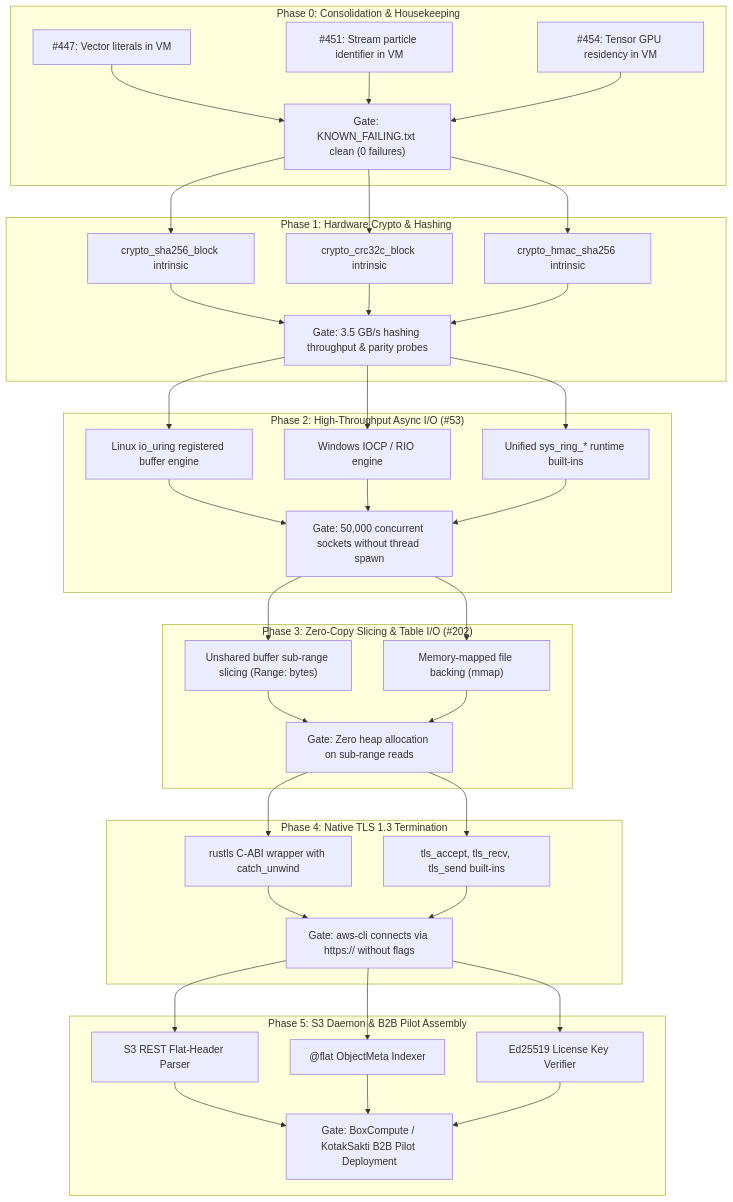
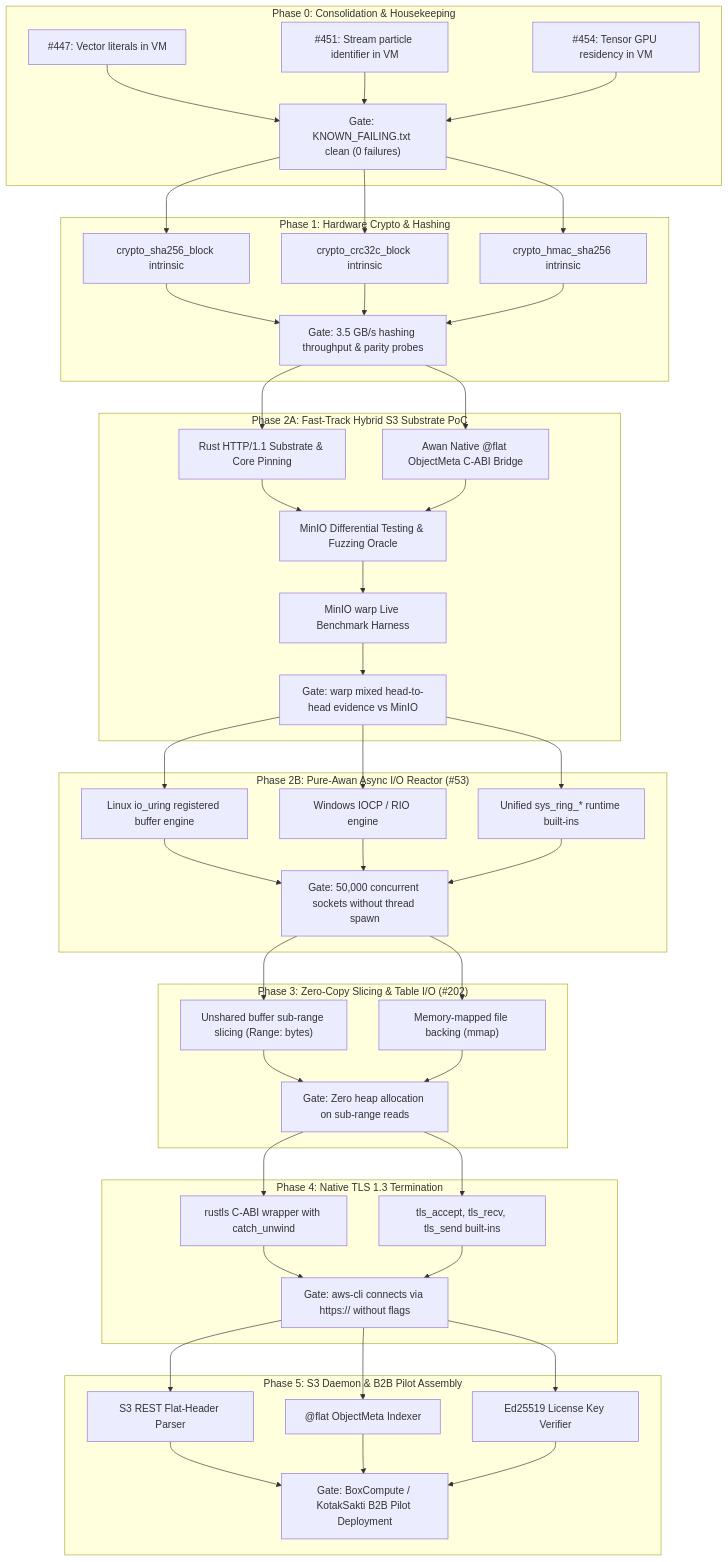
Before and after one commit to iskandarnorazli/Awanfs: the diagram in ROADMAP_AND_DEPENDENCIES.md, drawn with Mermaid. The commit also changed other lines of this file and 2 other files, not shown here.

First line of the commit message:
docs(storage): specify hybrid S3 substrate PoC and MinIO benchmark milestone

````diff
--- a/ROADMAP_AND_DEPENDENCIES.md
+++ b/ROADMAP_AND_DEPENDENCIES.md
@@ -9,47 +9,57 @@
 ```mermaid
 flowchart TD
     subgraph PreReqs["Phase 0: Consolidation & Housekeeping"]
         P0_1["#447: Vector literals in VM"]
         P0_2["#451: Stream particle identifier in VM"]
         P0_3["#454: Tensor GPU residency in VM"]
         P0_1 & P0_2 & P0_3 --> P0_Gate["Gate: KNOWN_FAILING.txt clean (0 failures)"]
     end
 
     subgraph Primitives["Phase 1: Hardware Crypto & Hashing"]
         P1_1["crypto_sha256_block intrinsic"]
         P1_2["crypto_crc32c_block intrinsic"]
         P1_3["crypto_hmac_sha256 intrinsic"]
         P0_Gate --> P1_1 & P1_2 & P1_3
         P1_1 & P1_2 & P1_3 --> P1_Gate["Gate: 3.5 GB/s hashing throughput & parity probes"]
     end
 
-    subgraph Reactor["Phase 2: High-Throughput Async I/O (#53)"]
+    subgraph HybridPoC["Phase 2A: Fast-Track Hybrid S3 Substrate PoC"]
+        P2A_1["Rust HTTP/1.1 Substrate & Core Pinning"]
+        P2A_2["Awan Native @flat ObjectMeta C-ABI Bridge"]
+        P2A_3["MinIO Differential Testing & Fuzzing Oracle"]
+        P2A_4["MinIO warp Live Benchmark Harness"]
+        P1_Gate --> P2A_1 & P2A_2
+        P2A_1 & P2A_2 --> P2A_3 --> P2A_4
+        P2A_4 --> P2A_Gate["Gate: warp mixed head-to-head evidence vs MinIO"]
+    end
+
+    subgraph Reactor["Phase 2B: Pure-Awan Async I/O Reactor (#53)"]
         P2_1["Linux io_uring registered buffer engine"]
         P2_2["Windows IOCP / RIO engine"]
         P2_3["Unified sys_ring_* runtime built-ins"]
-        P1_Gate --> P2_1 & P2_2 & P2_3
+        P2A_Gate --> P2_1 & P2_2 & P2_3
         P2_1 & P2_2 & P2_3 --> P2_Gate["Gate: 50,000 concurrent sockets without thread spawn"]
     end
 
     subgraph MemoryIO["Phase 3: Zero-Copy Slicing & Table I/O (#202)"]
         P3_1["Unshared buffer sub-range slicing (Range: bytes)"]
         P3_2["Memory-mapped file backing (mmap)"]
         P2_Gate --> P3_1 & P3_2
         P3_1 & P3_2 --> P3_Gate["Gate: Zero heap allocation on sub-range reads"]
     end
 
     subgraph TLS["Phase 4: Native TLS 1.3 Termination"]
         P4_1["rustls C-ABI wrapper with catch_unwind"]
         P4_2["tls_accept, tls_recv, tls_send built-ins"]
         P3_Gate --> P4_1 & P4_2
         P4_1 & P4_2 --> P4_Gate["Gate: aws-cli connects via https:// without flags"]
     end
 
     subgraph Daemon["Phase 5: S3 Daemon & B2B Pilot Assembly"]
         P5_1["S3 REST Flat-Header Parser"]
         P5_2["@flat ObjectMeta Indexer"]
         P5_3["Ed25519 License Key Verifier"]
         P4_Gate --> P5_1 & P5_2 & P5_3
         P5_1 & P5_2 & P5_3 --> P5_Gate["Gate: BoxCompute / KotakSakti B2B Pilot Deployment"]
     end
 ```
````
